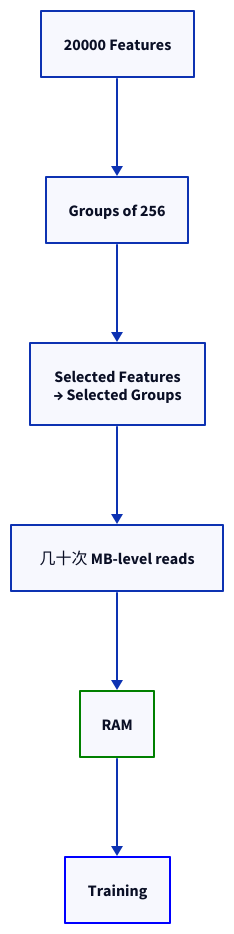
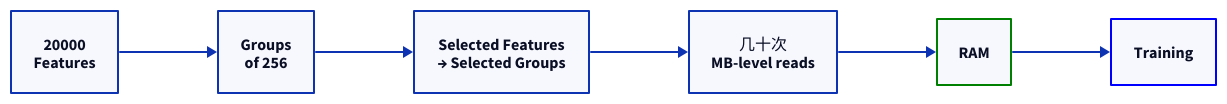
One commit to 111qqz/111qqz.github.io changed the diagram in images/lance-gpfs-training-feature-storage/feature-grouping.d2. Above: the diagram before and after it, drawn with D2. The commit also changed 4047 other files, not shown here.

First line of the commit message:
fix: 修复 D2 配图比例问题——放宽 CSS max-height 并重排 24 个极端纵横比图表

```diff
--- a/images/lance-gpfs-training-feature-storage/feature-grouping.d2
+++ b/images/lance-gpfs-training-feature-storage/feature-grouping.d2
@@ -1,19 +1,15 @@
-direction: down
+direction: right
 
-F: 20000 Features
-G: Groups of 256
-SG: Selected Features\n→ Selected Groups
-IO: 几十次 MB-level reads
-RAM: RAM {
+F: "20000\nFeatures"
+G: "Groups\nof 256"
+SG: "Selected Features\n→ Selected Groups"
+IO: "几十次\nMB-level reads"
+RAM: "RAM" {
   style.stroke: green
 }
-T: Training {
+T: "Training" {
   style.stroke: blue
   style.bold: true
 }
 
-F -> G
-G -> SG
-SG -> IO
-IO -> RAM
-RAM -> T
+F -> G -> SG -> IO -> RAM -> T
```
